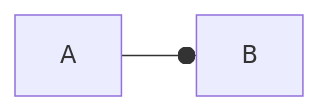
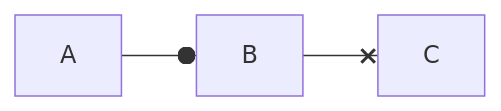
Diagram 35 of 53 in syntax/flowchart.qmd (data-intuitive/mermaid-demos-in-quarto), drawn with Mermaid before and after one commit. The commit also changed other lines of this file and 13 other files, not shown here.

Commit message:
update for quarto 1.5.54 and mermaid 10.2.4

````diff
--- a/syntax/flowchart.qmd
+++ b/syntax/flowchart.qmd
@@ -319,4 +307,5 @@
 ```{mermaid}
 flowchart LR
     A --o B
+    B --x C
 ```
````
